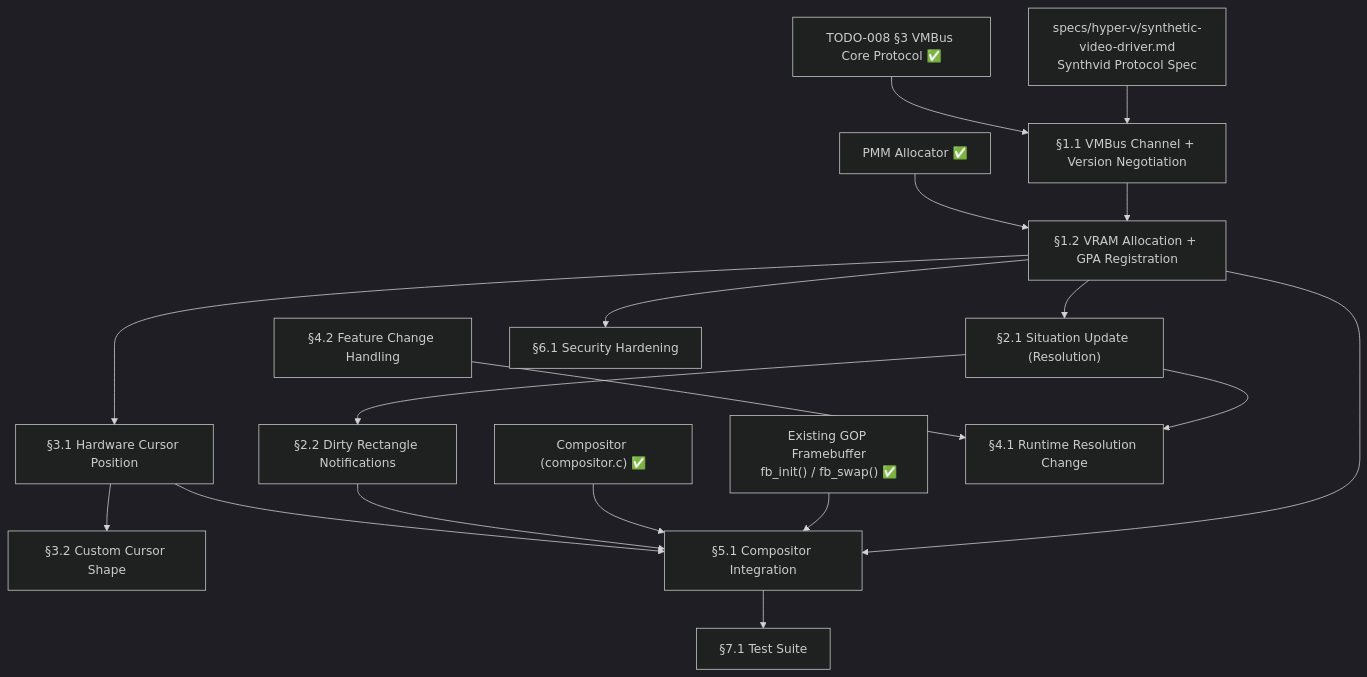
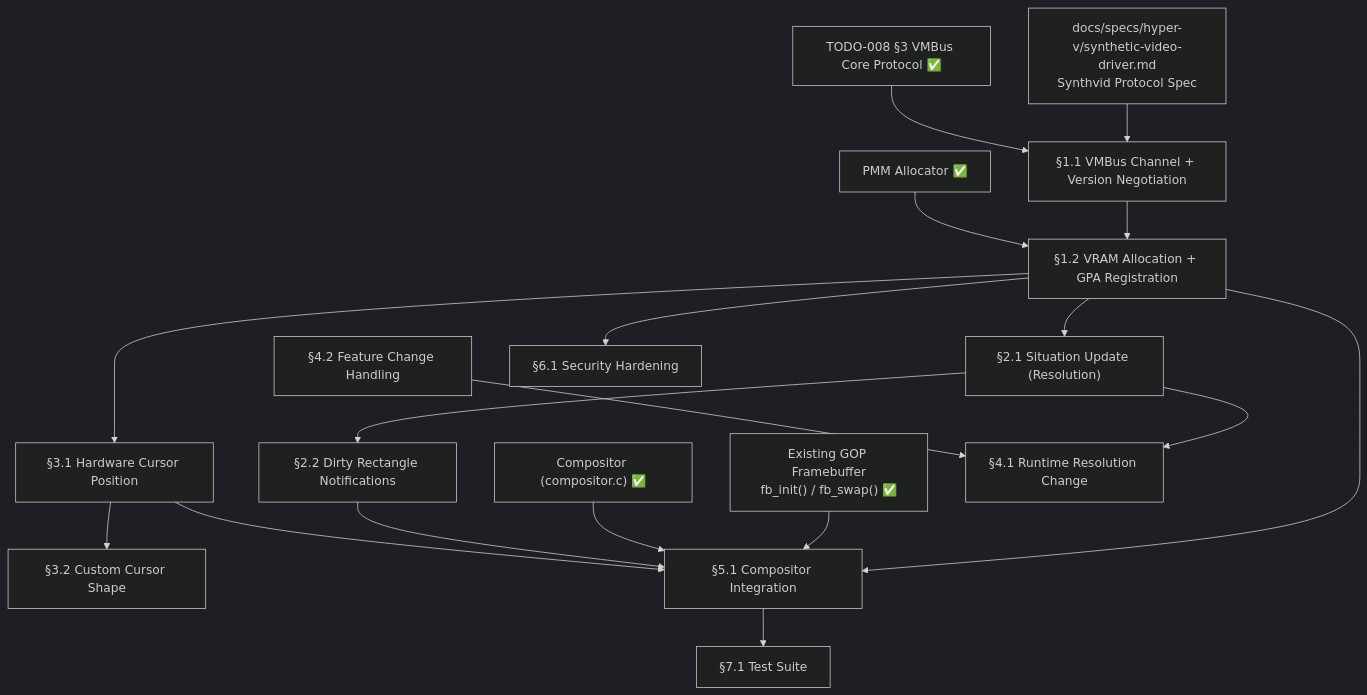
The diagram in todo/000-Infrastructure/TODO-008-Hyper-V-Runner/TODO-008.04-Synthetic-Video-Driver.md (rizonesoft/impossible-os), drawn with Mermaid (dark theme) before and after one commit. The commit also changed other lines of this file and 54 other files, not shown here.

````diff
--- a/todo/000-Infrastructure/TODO-008-Hyper-V-Runner/TODO-008.04-Synthetic-Video-Driver.md
+++ b/todo/000-Infrastructure/TODO-008-Hyper-V-Runner/TODO-008.04-Synthetic-Video-Driver.md
@@ -45,38 +45,38 @@
 ```mermaid
 graph TD
-    SPEC["specs/hyper-v/synthetic-video-driver.md<br/>Synthvid Protocol Spec"]
+    SPEC["docs/specs/hyper-v/synthetic-video-driver.md<br/>Synthvid Protocol Spec"]
     VMBUS["TODO-008 §3 VMBus Core Protocol ✅"]
     GOP["Existing GOP Framebuffer<br/>fb_init() / fb_swap() ✅"]
     PMM["PMM Allocator ✅"]
     COMP["Compositor (compositor.c) ✅"]
 
     A["§1.1 VMBus Channel + Version Negotiation"]
     B["§1.2 VRAM Allocation + GPA Registration"]
     C["§2.1 Situation Update (Resolution)"]
     D["§2.2 Dirty Rectangle Notifications"]
     E["§3.1 Hardware Cursor Position"]
     F["§3.2 Custom Cursor Shape"]
     G["§4.1 Runtime Resolution Change"]
     H["§4.2 Feature Change Handling"]
     I["§5.1 Compositor Integration"]
     J["§6.1 Security Hardening"]
     K["§7.1 Test Suite"]
 
     SPEC --> A
     VMBUS --> A
     A --> B
     PMM --> B
     B --> C
     C --> D
     B --> E
     E --> F
     C --> G
     H --> G
     B --> I
     GOP --> I
     COMP --> I
     D --> I
     E --> I
     B --> J
     I --> K
 ```
````
